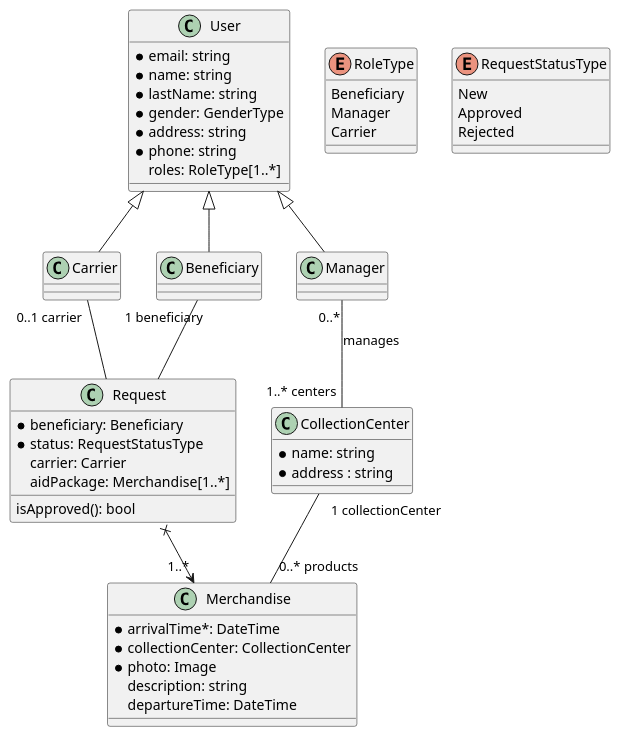
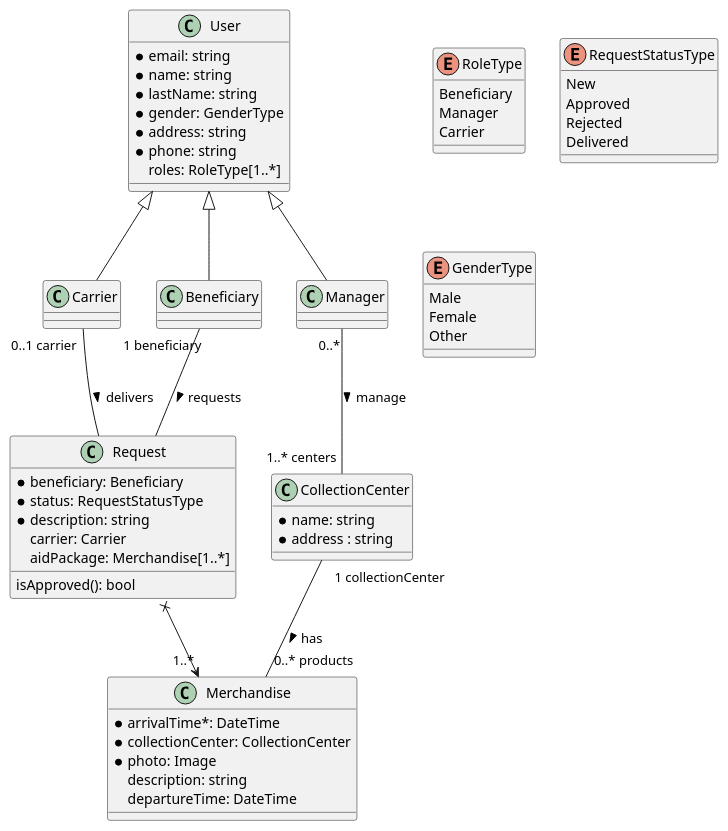
Before and after one commit to rodyce/covid-sos: the diagram in docs/DataModel.puml, drawn with PlantUML. The commit also changed 1 other file, not shown here.

```diff
--- a/docs/DataModel.puml
+++ b/docs/DataModel.puml
@@ -1,54 +1,62 @@
 @startuml covid sos datamodel
 class User {
   *email: string
   *name: string
   *lastName: string
   *gender: GenderType
   *address: string
   *phone: string
   roles: RoleType[1..*]
 }
 
 User <|-- Carrier
 User <|-- Manager
 User <|-- Beneficiary
 
 class CollectionCenter {
   *name: string
   *address : string
 }
 
 class Merchandise {
   *arrivalTime*: DateTime
   *collectionCenter: CollectionCenter
   *photo: Image
   description: string
   departureTime: DateTime
 }
 
 class Request {
   *beneficiary: Beneficiary
   *status: RequestStatusType
+  *description: string
   carrier: Carrier
   aidPackage: Merchandise[1..*]
   isApproved(): bool
 }
 
 enum RoleType {
   Beneficiary
   Manager
   Carrier
 }
 
 enum RequestStatusType {
   New
   Approved
   Rejected
+  Delivered
 }
 
-Manager "0..*" -- "1..* centers" CollectionCenter : manages
-CollectionCenter "  1 collectionCenter" -- "0..* products" Merchandise
-Carrier "0..1 carrier" -- Request
-Beneficiary "1 beneficiary" -- Request
+enum GenderType {
+  Male
+  Female
+  Other
+}
+
+Manager "0..*" -- "1..* centers" CollectionCenter : manage >
+CollectionCenter "  1 collectionCenter" -- "0..* products" Merchandise : has >
+Carrier "0..1 carrier" -- Request : delivers >
+Beneficiary "1 beneficiary" -- Request : requests >
 Request x-> "1..*" Merchandise
 @enduml
```
